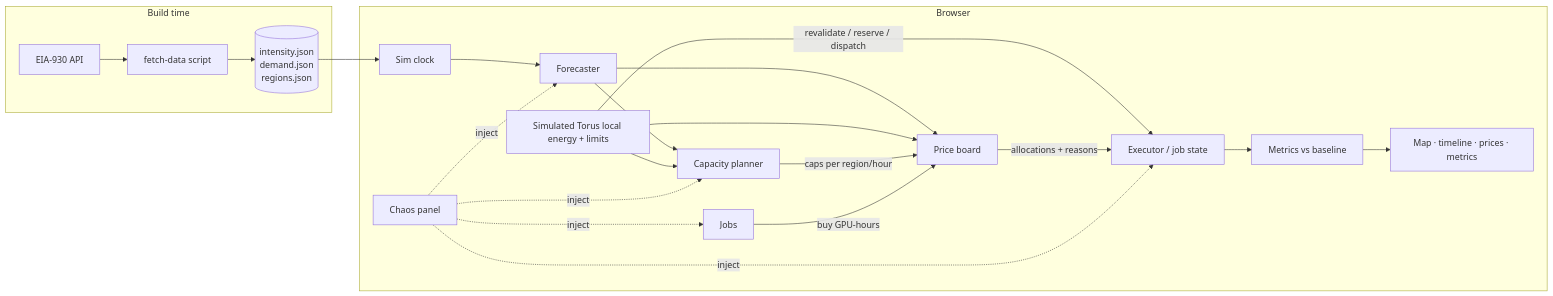
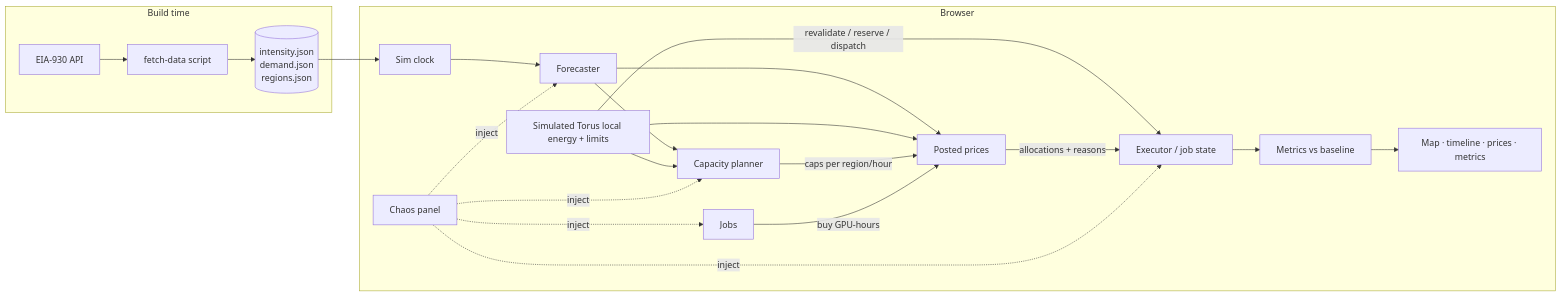
The diagram in design.md (jordanwilcken/torus-hackathon2026), drawn with Mermaid before and after one commit. The commit also changed other lines of this file, not shown here.

Commit message:
remove the price board component

````diff
--- a/design.md
+++ b/design.md
@@ -77,21 +77,21 @@
 ```mermaid
 flowchart LR
   subgraph Build time
     EIA[EIA-930 API] --> F[fetch-data script]
     F --> J[(intensity.json<br/>demand.json<br/>regions.json)]
   end
   subgraph Browser
     J --> CLK[Sim clock]
     CLK --> FC[Forecaster]
     FC --> PL[Capacity planner]
-    FC --> PB[Price board]
+    FC --> PB[Posted prices]
     Torus[Simulated Torus local energy + limits] --> PL & PB
     Torus -->|revalidate / reserve / dispatch| EX
     PL -->|caps per region/hour| PB
     JB[Jobs] -->|buy GPU-hours| PB
     PB -->|allocations + reasons| EX[Executor / job state]
     EX --> MET[Metrics vs baseline]
     CH[Chaos panel] -.inject.-> FC & PL & EX & JB
     MET --> UI[Map · timeline · prices · metrics]
   end
 ```
````
